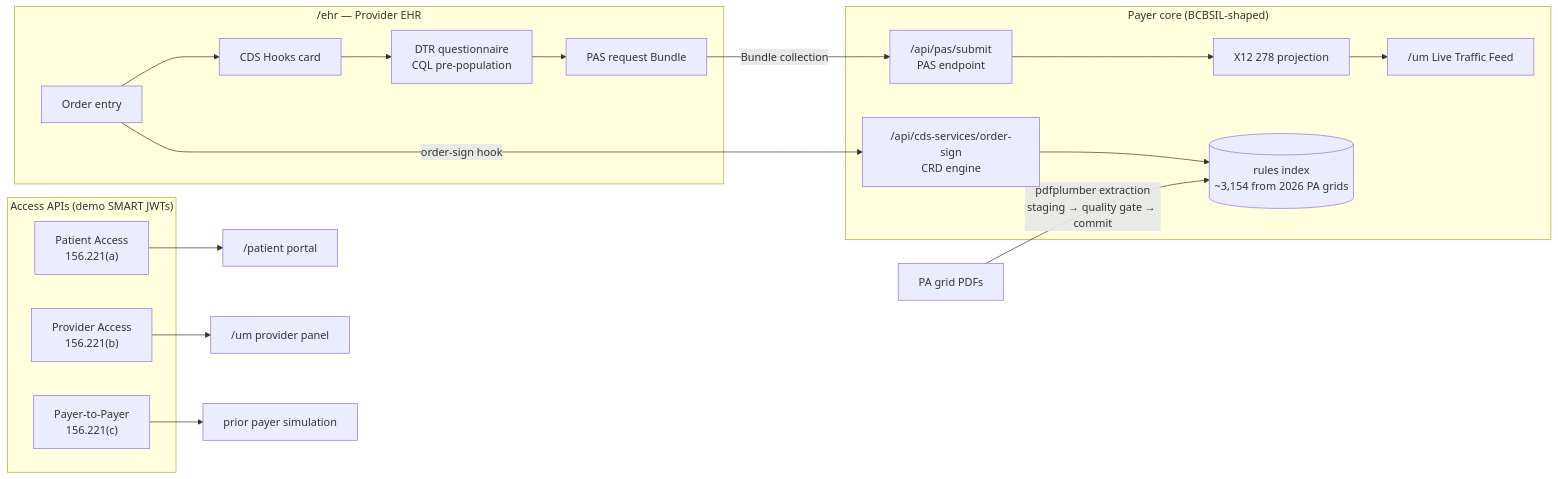
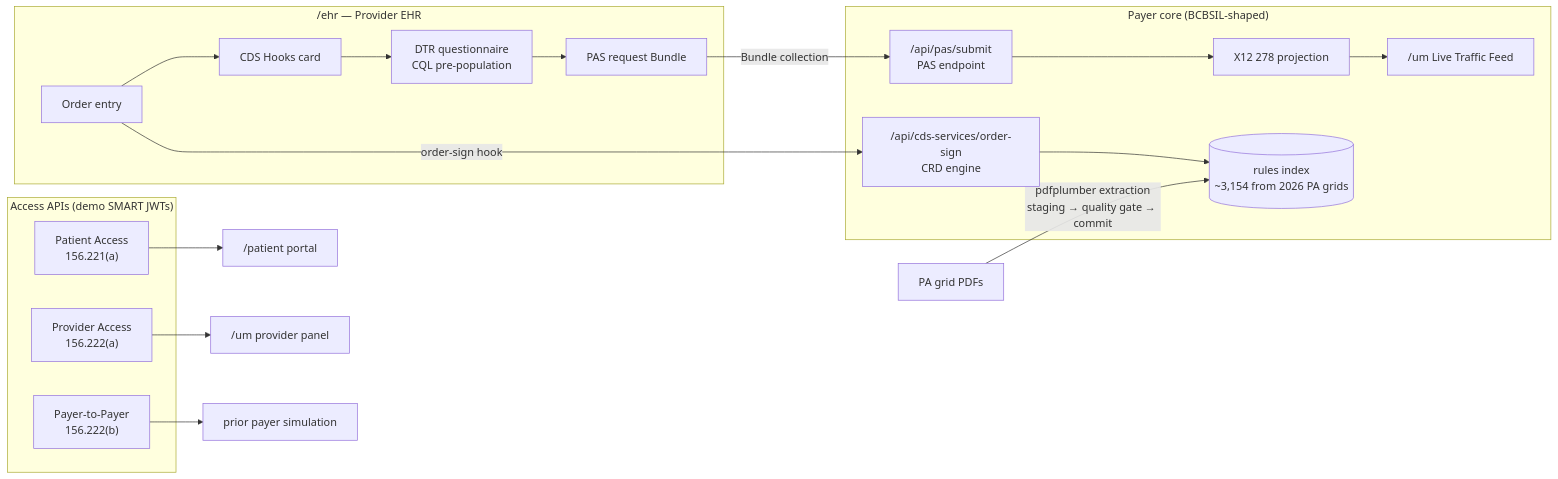
Before and after one commit to msampath/cms-0057-sandbox: the diagram in docs/architecture.md, drawn with Mermaid. The commit also changed other lines of this file and 15 other files, not shown here.

````diff
--- a/docs/architecture.md
+++ b/docs/architecture.md
@@ -3,31 +3,31 @@
 ```mermaid
 flowchart LR
   subgraph Provider["/ehr — Provider EHR"]
     ORD[Order entry] --> CARD[CDS Hooks card]
     CARD --> DTR[DTR questionnaire<br/>CQL pre-population]
     DTR --> PASB[PAS request Bundle]
   end
 
   subgraph Payer["Payer core (BCBSIL-shaped)"]
     CRD["/api/cds-services/order-sign<br/>CRD engine"]
     RULES[("rules index<br/>~3,154 from 2026 PA grids")]
     PAS["/api/pas/submit<br/>PAS endpoint"]
     X12[X12 278 projection]
     FEED["/um Live Traffic Feed"]
     CRD --> RULES
     PAS --> X12 --> FEED
   end
 
   subgraph Access["Access APIs (demo SMART JWTs)"]
     PT["Patient Access<br/>156.221(a)"]
-    PR["Provider Access<br/>156.221(b)"]
-    P2P["Payer-to-Payer<br/>156.221(c)"]
+    PR["Provider Access<br/>156.222(a)"]
+    P2P["Payer-to-Payer<br/>156.222(b)"]
   end
 
   ORD -->|order-sign hook| CRD
   PASB -->|Bundle collection| PAS
   PT --> PORTAL["/patient portal"]
   PR --> PANEL["/um provider panel"]
   P2P --> PRIOR["prior payer simulation"]
   INGEST[PA grid PDFs] -->|pdfplumber extraction<br/>staging → quality gate → commit| RULES
 ```
````
